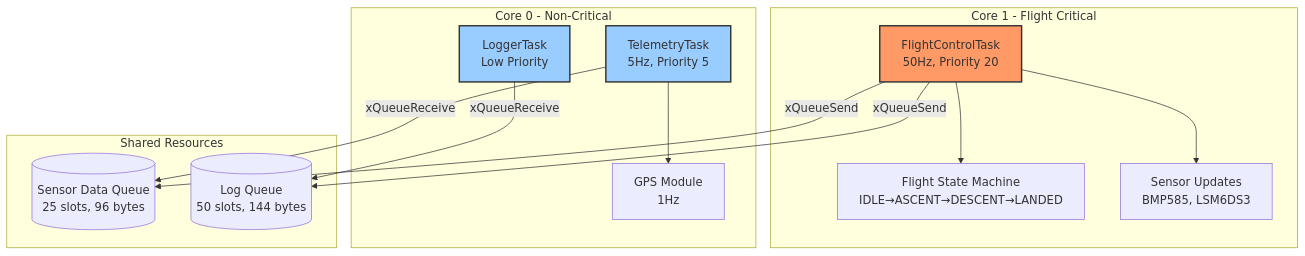
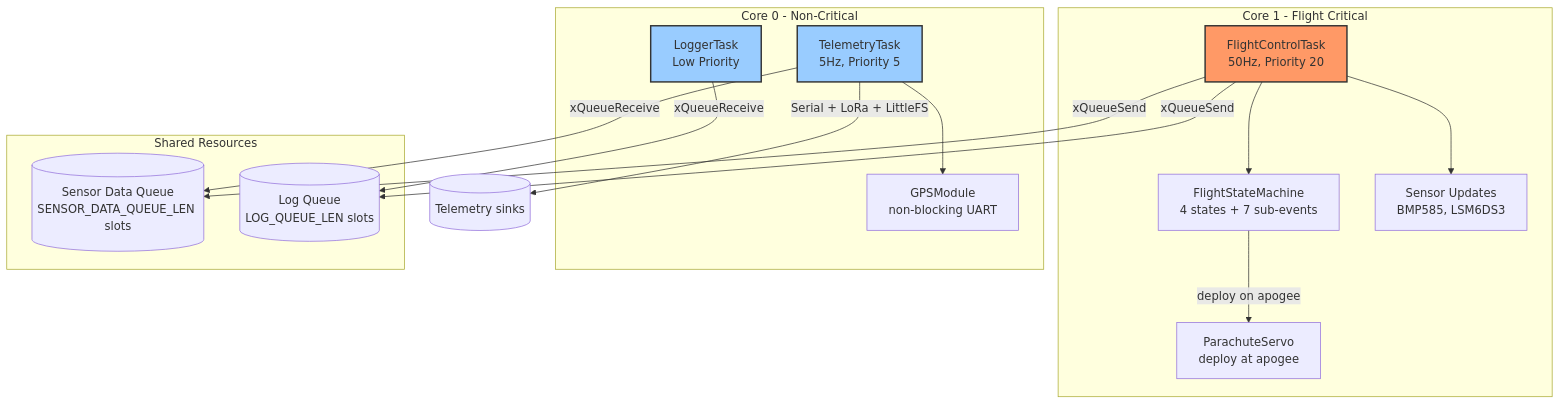
One commit to 1barizon/flight-computer changed the diagram in docs/software.md. Above: the diagram before and after it, drawn with Mermaid. The commit also changed other lines of this file and 4 other files, not shown here.

````diff
--- a/docs/software.md
+++ b/docs/software.md
@@ -23,34 +27,36 @@
 ```mermaid
 graph TB
     subgraph "Core 1 - Flight Critical"
         FC[FlightControlTask<br/>50Hz, Priority 20]
-        FSM[Flight State Machine<br/>IDLE→ASCENT→DESCENT→LANDED]
+        FSM[FlightStateMachine<br/>4 states + 7 sub-events]
         SENS[Sensor Updates<br/>BMP585, LSM6DS3]
+        PARA[ParachuteServo<br/>deploy at apogee]
 
         FC --> FSM
         FC --> SENS
+        FSM -->|deploy on apogee| PARA
     end
-    
+
     subgraph "Core 0 - Non-Critical"
         TEL[TelemetryTask<br/>5Hz, Priority 5]
         LOG[LoggerTask<br/>Low Priority]
-        GPS[GPS Module<br/>1Hz]
-        
-        TEL --> GPS
+        GPS[GPSModule<br/>non-blocking UART]
     end
-    
+
     subgraph "Shared Resources"
-        QUEUE[(Sensor Data Queue<br/>25 slots, 96 bytes)]
-        LOGQUEUE[(Log Queue<br/>50 slots, 144 bytes)]
+        QUEUE[(Sensor Data Queue<br/>SENSOR_DATA_QUEUE_LEN slots)]
+        LOGQUEUE[(Log Queue<br/>LOG_QUEUE_LEN slots)]
     end
-    
+
     FC -->|xQueueSend| QUEUE
     TEL -->|xQueueReceive| QUEUE
-    
+    TEL --> GPS
     FC -->|xQueueSend| LOGQUEUE
     LOG -->|xQueueReceive| LOGQUEUE
-    
+
+    TEL -->|Serial + LoRa + LittleFS| OUT[(Telemetry sinks)]
+
     style FC fill:#f96,stroke:#333,stroke-width:2px
     style TEL fill:#9cf,stroke:#333,stroke-width:2px
     style LOG fill:#9cf,stroke:#333,stroke-width:2px
 ```
````
